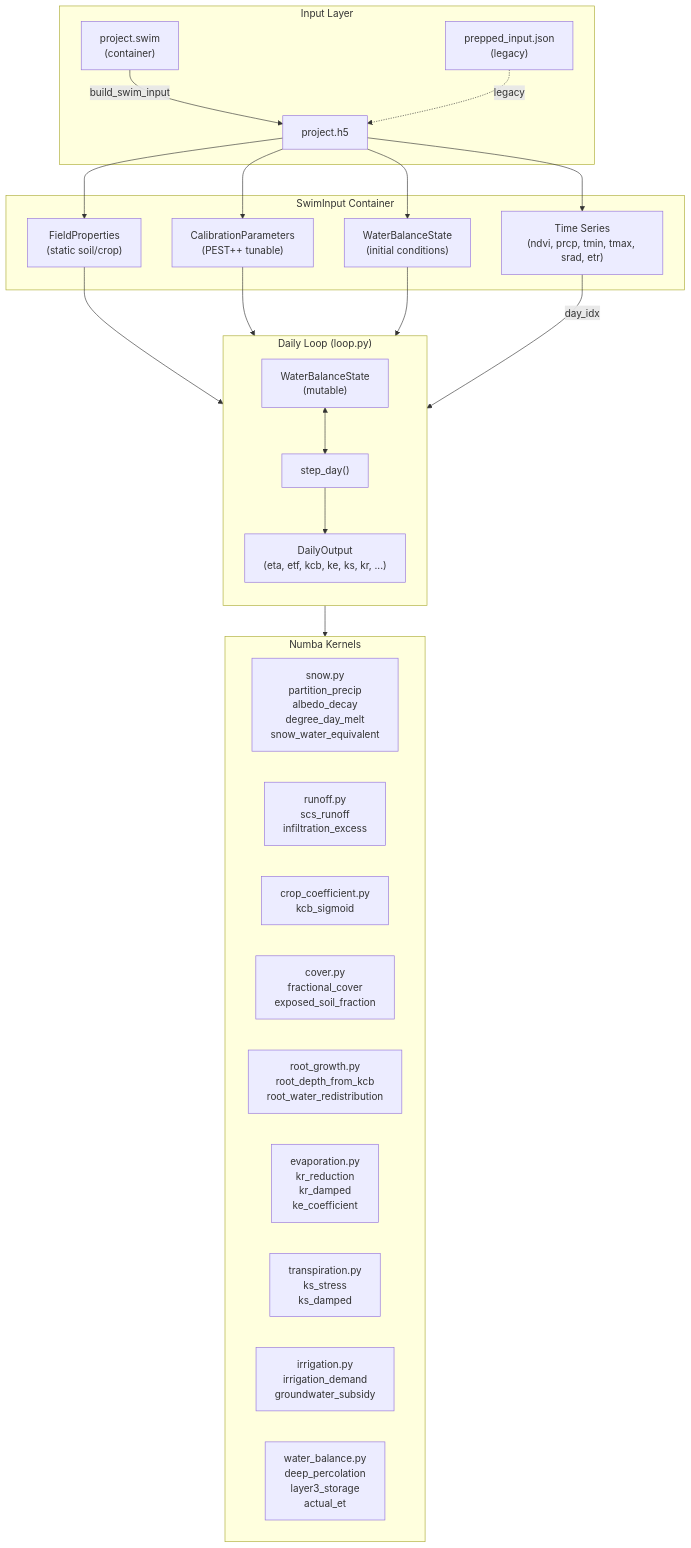
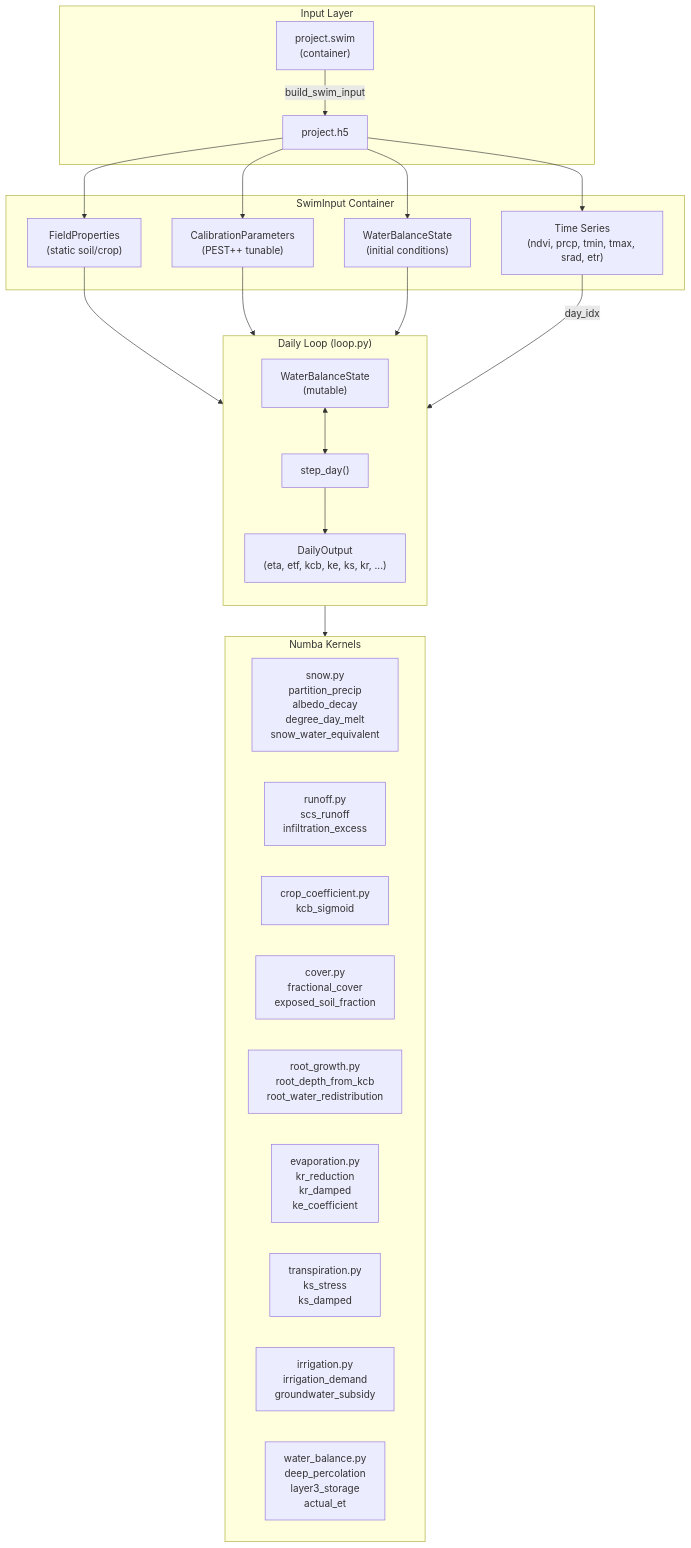
One commit to dgketchum/swim-rs changed the first of 3 diagrams in docs/process_architecture.md. Above: the diagram before and after it, drawn with Mermaid. The commit also changed other lines of this file and 11 other files, not shown here.

````diff
--- a/docs/process_architecture.md
+++ b/docs/process_architecture.md
@@ -77,45 +77,43 @@
 ```mermaid
 flowchart TB
     subgraph Input["Input Layer"]
         SWIM["project.swim<br/>(container)"]
-        JSON["prepped_input.json<br/>(legacy)"]
         HDF5["project.h5"]
         SWIM --> |build_swim_input| HDF5
-        JSON -. legacy .-> HDF5
     end
 
     subgraph Container["SwimInput Container"]
         HDF5 --> Props["FieldProperties<br/>(static soil/crop)"]
         HDF5 --> Params["CalibrationParameters<br/>(PEST++ tunable)"]
         HDF5 --> Spinup["WaterBalanceState<br/>(initial conditions)"]
         HDF5 --> TS["Time Series<br/>(ndvi, prcp, tmin, tmax, srad, etr)"]
     end
 
     subgraph Loop["Daily Loop (loop.py)"]
         direction TB
         State["WaterBalanceState<br/>(mutable)"]
         StepDay["step_day()"]
         Output["DailyOutput<br/>(eta, etf, kcb, ke, ks, kr, ...)"]
     end
 
     subgraph Kernels["Numba Kernels"]
         direction LR
         Snow["snow.py<br/>partition_precip<br/>albedo_decay<br/>degree_day_melt<br/>snow_water_equivalent"]
         Runoff["runoff.py<br/>scs_runoff<br/>infiltration_excess"]
         Crop["crop_coefficient.py<br/>kcb_sigmoid"]
         Cover["cover.py<br/>fractional_cover<br/>exposed_soil_fraction"]
         Root["root_growth.py<br/>root_depth_from_kcb<br/>root_water_redistribution"]
         Evap["evaporation.py<br/>kr_reduction<br/>kr_damped<br/>ke_coefficient"]
         Trans["transpiration.py<br/>ks_stress<br/>ks_damped"]
         Irr["irrigation.py<br/>irrigation_demand<br/>groundwater_subsidy"]
         WB["water_balance.py<br/>deep_percolation<br/>layer3_storage<br/>actual_et"]
     end
 
     Props --> StepDay
     Params --> StepDay
     Spinup --> State
     TS --> |"day_idx"| StepDay
     State <--> StepDay
     StepDay --> Output
     StepDay --> Kernels
 ```
````
